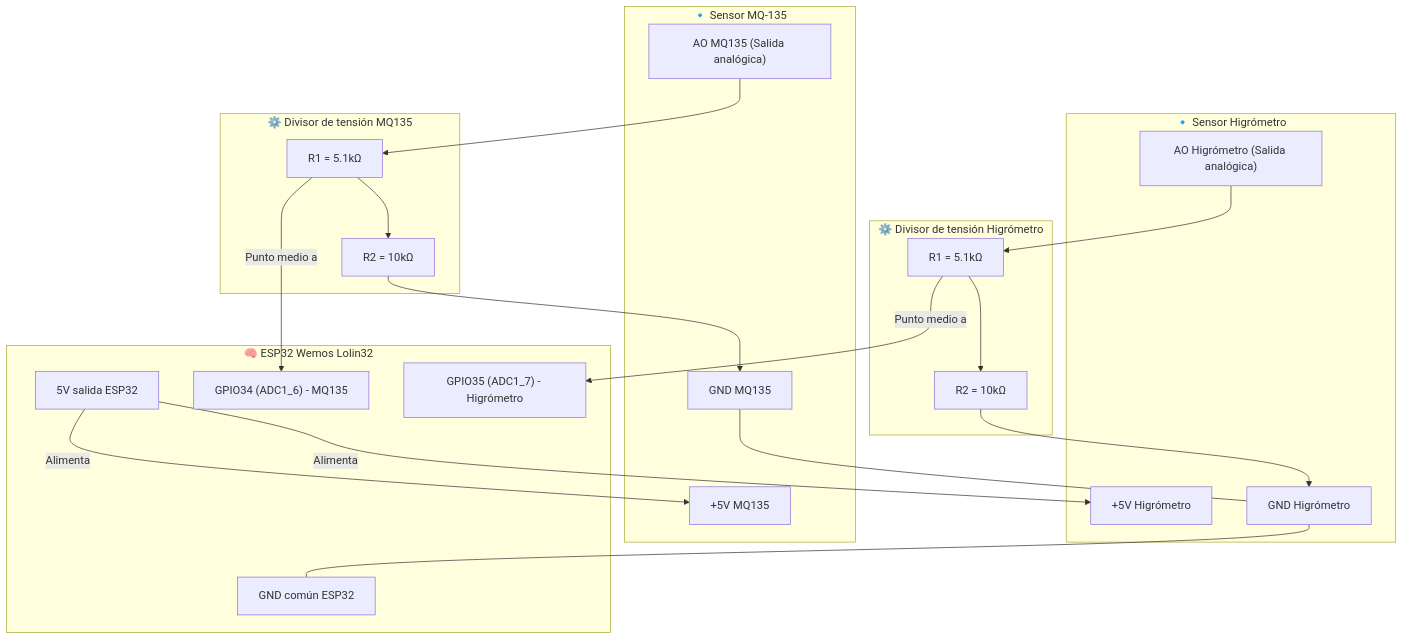
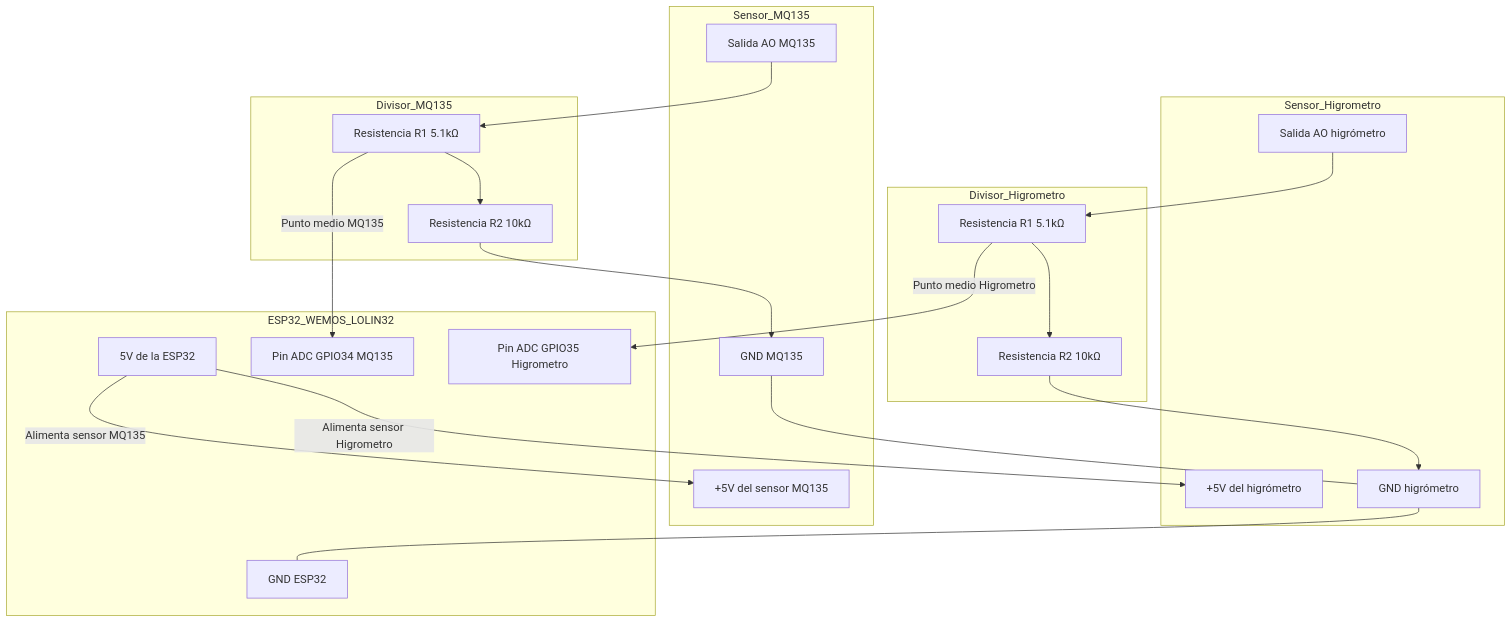
The diagram in docs/conexiones.md (marlilycelis/sena-project-respira), drawn with Mermaid before and after one commit. The commit also changed other lines of this file and 1 other file, not shown here.

Commit message:
ajuste codigo

````diff
--- a/docs/conexiones.md
+++ b/docs/conexiones.md
@@ -4,53 +6,52 @@
-```mermaid
+<div class="mermaid">
 graph TD
     %% ==== SENSOR MQ-135 ====
-    subgraph Sensor_MQ135["🔹 Sensor MQ-135"]
-        VCC5V["+5V MQ135"]
-        AO["AO MQ135 (Salida analógica)"]
-        GND_MQ["GND MQ135"]
+    subgraph Sensor_MQ135
+        VCC5V[+5V del sensor MQ135]
+        AO[Salida AO MQ135]
+        GND_MQ[GND MQ135]
     end
 
     %% ==== SENSOR HIGRÓMETRO ====
-    subgraph Sensor_Higrometro["🔹 Sensor Higrómetro"]
-        VCC_HIGRO["+5V Higrómetro"]
-        AO_HIGRO["AO Higrómetro (Salida analógica)"]
-        GND_HIGRO["GND Higrómetro"]
+    subgraph Sensor_Higrometro
+        VCC_HIGRO[+5V del higrómetro]
+        AO_HIGRO[Salida AO higrómetro]
+        GND_HIGRO[GND higrómetro]
     end
 
-    %% ==== DIVISORES MQ135 ====
-    subgraph Divisor_MQ135["⚙️ Divisor de tensión MQ135"]
-        R1_MQ["R1 = 5.1kΩ"]
-        R2_MQ["R2 = 10kΩ"]
+    %% ==== DIVISORES ====
+    subgraph Divisor_MQ135
+        R1_MQ[Resistencia R1 5.1kΩ]
+        R2_MQ[Resistencia R2 10kΩ]
     end
 
-    %% ==== DIVISORES HIGRÓMETRO ====
-    subgraph Divisor_Higrometro["⚙️ Divisor de tensión Higrómetro"]
-        R1_H["R1 = 5.1kΩ"]
-        R2_H["R2 = 10kΩ"]
+    subgraph Divisor_Higrometro
+        R1_H[Resistencia R1 5.1kΩ]
+        R2_H[Resistencia R2 10kΩ]
     end
 
     %% ==== ESP32 ====
-    subgraph ESP32_WEMOS_LOLIN32["🧠 ESP32 Wemos Lolin32"]
-        VCC_ESP["5V salida ESP32"]
-        ADC_MQ["GPIO34 (ADC1_6) - MQ135"]
-        ADC_H["GPIO35 (ADC1_7) - Higrómetro"]
-        GND_ESP["GND común ESP32"]
+    subgraph ESP32_WEMOS_LOLIN32
+        VCC_ESP[5V de la ESP32]
+        ADC_MQ[Pin ADC GPIO34 MQ135]
+        ADC_H[Pin ADC GPIO35 Higrometro]
+        GND_ESP[GND ESP32]
     end
 
-    %% ==== CONEXIONES MQ135 ====
-    VCC_ESP -->|Alimenta| VCC5V
+    %% ==== CONEXIONES MQ-135 ====
+    VCC_ESP -->|Alimenta sensor MQ135| VCC5V
     AO --> R1_MQ
-    R1_MQ -->|Punto medio a| ADC_MQ
+    R1_MQ -->|Punto medio MQ135| ADC_MQ
     R1_MQ --> R2_MQ
     R2_MQ --> GND_MQ
 
     %% ==== CONEXIONES HIGRÓMETRO ====
-    VCC_ESP -->|Alimenta| VCC_HIGRO
+    VCC_ESP -->|Alimenta sensor Higrometro| VCC_HIGRO
     AO_HIGRO --> R1_H
-    R1_H -->|Punto medio a| ADC_H
+    R1_H -->|Punto medio Higrometro| ADC_H
     R1_H --> R2_H
     R2_H --> GND_HIGRO
 
-    %% ==== MASAS COMUNES ====
+    %% ==== GND COMÚN ====
     GND_MQ --- GND_HIGRO --- GND_ESP
-```
+</div>
````
